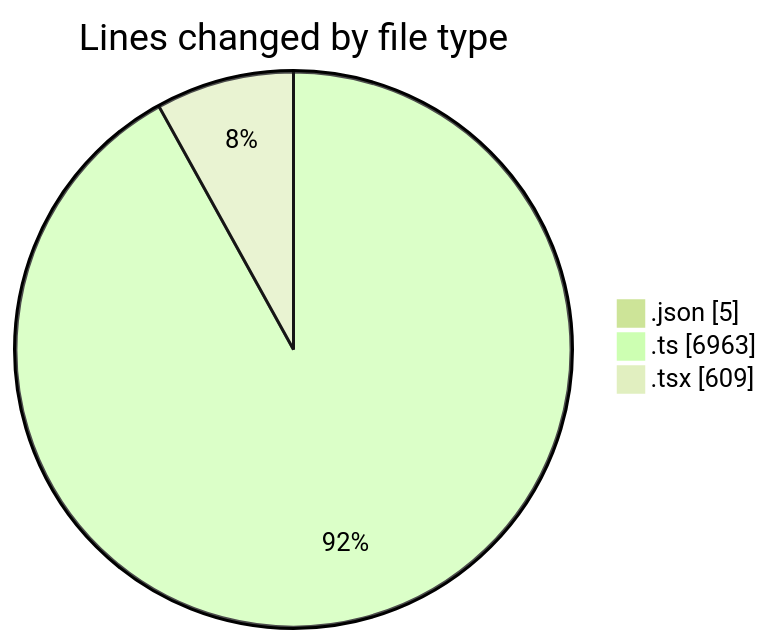
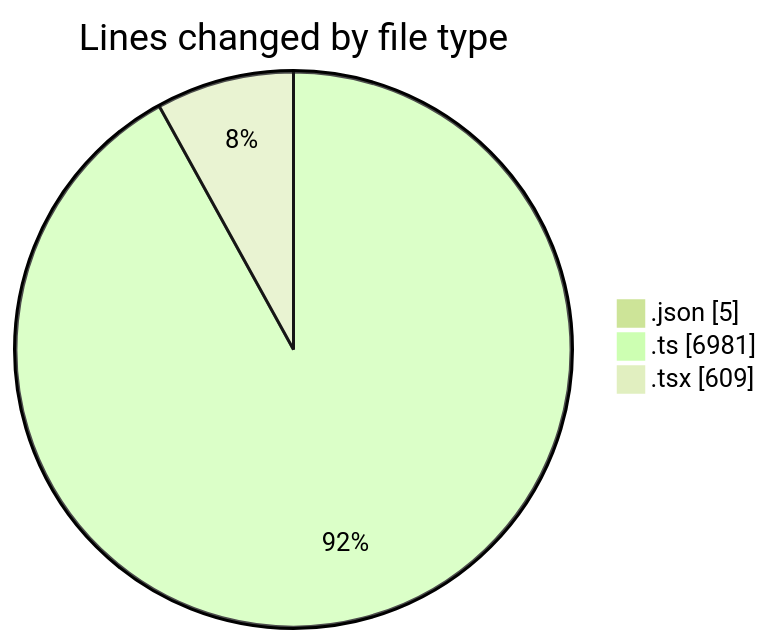
Before and after one commit to CELIANVF/code-tracking: the first of 2 diagrams in 2025-05-09/ecodeli/README.md, drawn with Mermaid (forest theme). The commit also changed other lines of this file and 1 other file, not shown here.

````diff
--- a/2025-05-09/ecodeli/README.md
+++ b/2025-05-09/ecodeli/README.md
@@ -29,7 +29,7 @@
 ```mermaid
 pie showData
 title Lines changed by file type
 ".json" : 5
-".ts" : 6963
+".ts" : 6981
 ".tsx" : 609
 ```
````
